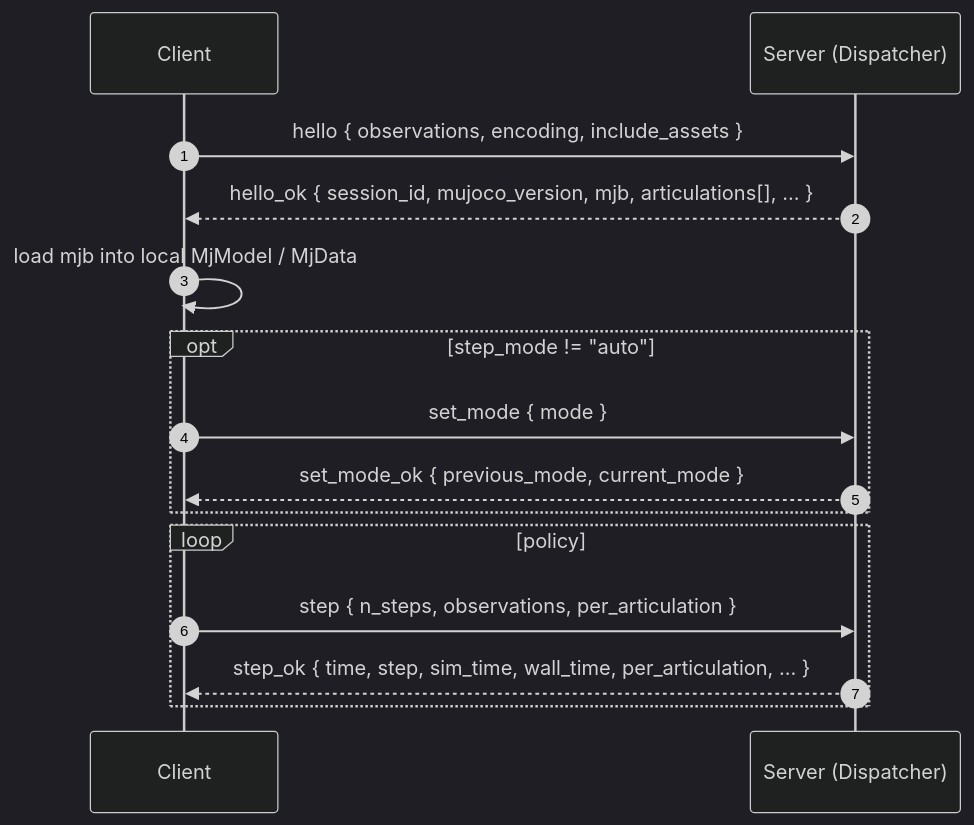
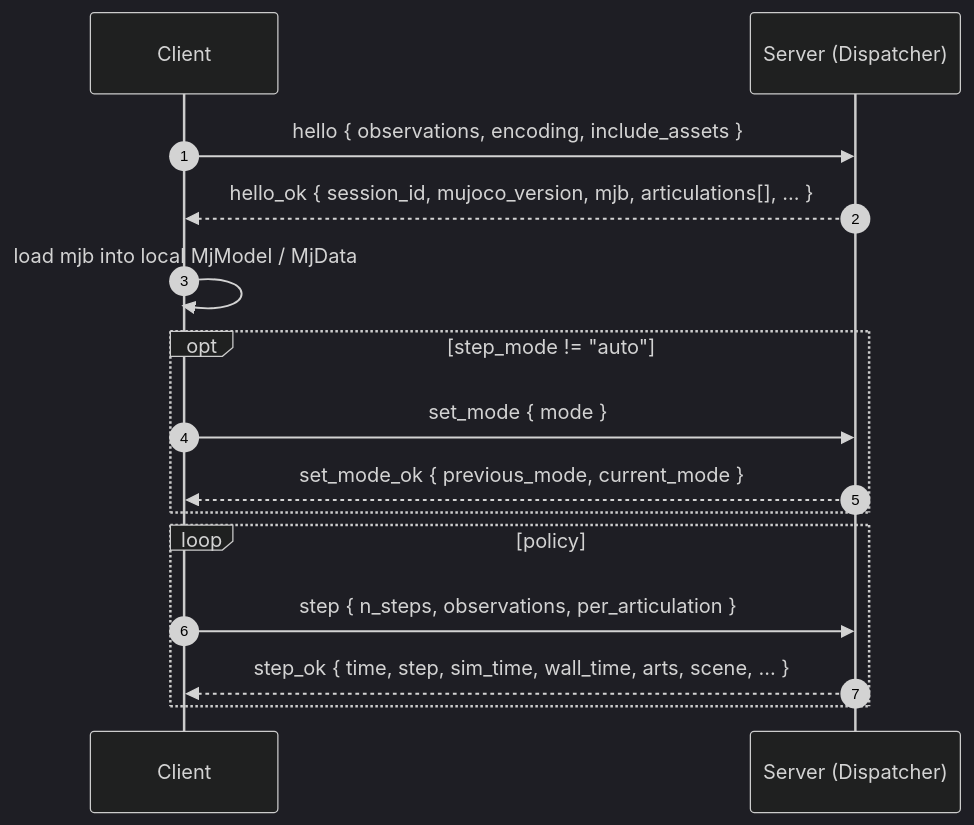
One commit to URLab-Sim/UnrealRoboticsLab changed the diagram in docs/reference/protocol.md. Above: the diagram before and after it, drawn with Mermaid (dark theme). The commit also changed other lines of this file and 29 other files, not shown here.

````diff
--- a/docs/reference/protocol.md
+++ b/docs/reference/protocol.md
@@ -50,18 +50,18 @@
 ```mermaid
 sequenceDiagram
     autonumber
     participant C as Client
     participant S as Server (Dispatcher)
 
     C->>S: hello { observations, encoding, include_assets }
     S-->>C: hello_ok { session_id, mujoco_version, mjb, articulations[], ... }
     C->>C: load mjb into local MjModel / MjData
     opt step_mode != "auto"
         C->>S: set_mode { mode }
         S-->>C: set_mode_ok { previous_mode, current_mode }
     end
     loop policy
         C->>S: step { n_steps, observations, per_articulation }
-        S-->>C: step_ok { time, step, sim_time, wall_time, per_articulation, ... }
+        S-->>C: step_ok { time, step, sim_time, wall_time, arts, scene, ... }
     end
 ```
````
